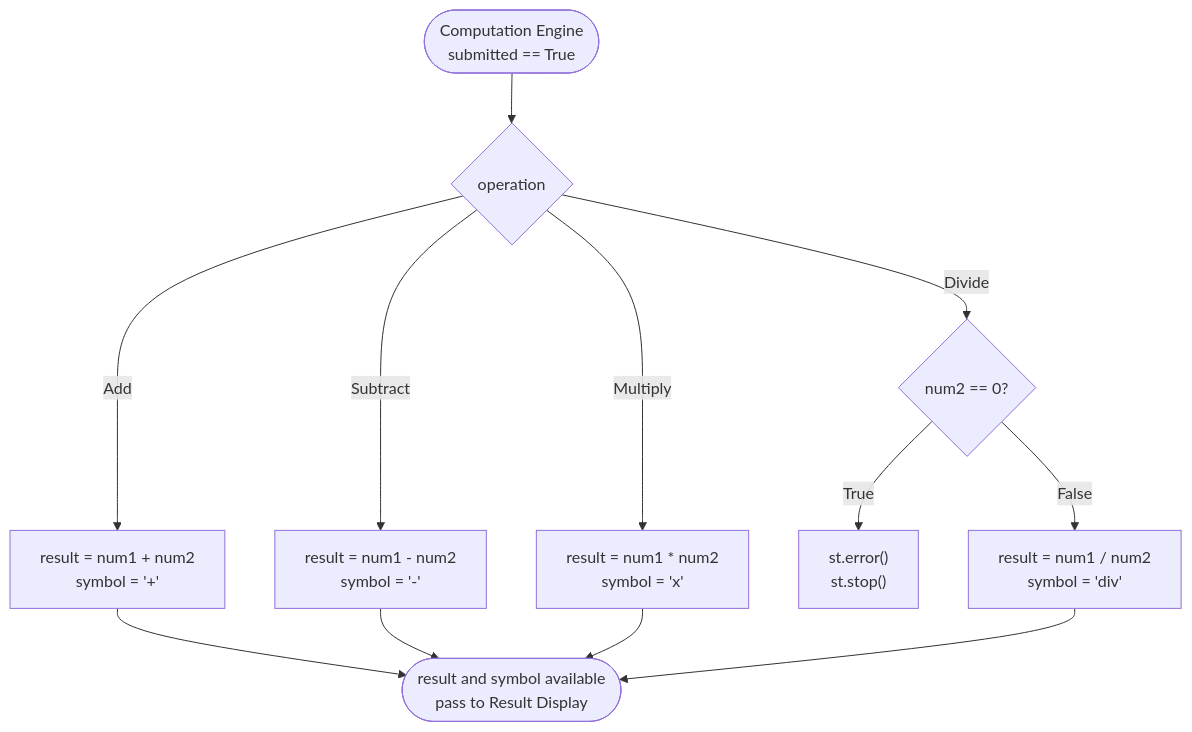
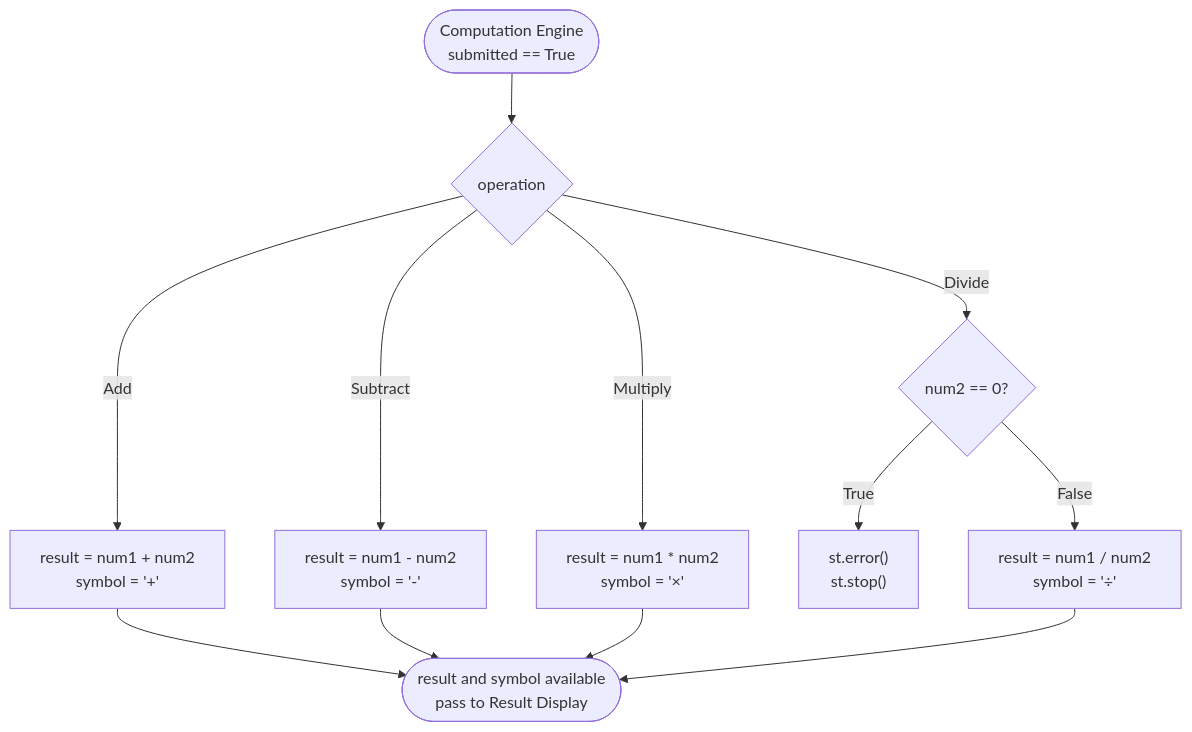
The sixth of 17 diagrams in docs/arc42/arc42-architecture.md (xinni-cap/github-copilot-test), drawn with Mermaid before and after one commit. The commit also changed 1 other file, not shown here.

Commit message:
Fix review comments: correct symbols and work log accuracy

````diff
--- a/docs/arc42/arc42-architecture.md
+++ b/docs/arc42/arc42-architecture.md
@@ -275,17 +275,17 @@
 ```mermaid
 flowchart TD
     Start(["Computation Engine\nsubmitted == True"]) --> OpCheck{"operation"}
 
     OpCheck -->|"Add"| AddOp["result = num1 + num2\nsymbol = '+'"]
     OpCheck -->|"Subtract"| SubOp["result = num1 - num2\nsymbol = '-'"]
-    OpCheck -->|"Multiply"| MulOp["result = num1 * num2\nsymbol = 'x'"]
+    OpCheck -->|"Multiply"| MulOp["result = num1 * num2\nsymbol = '×'"]
     OpCheck -->|"Divide"| DivGuard{"num2 == 0?"}
 
     DivGuard -->|"True"| ErrDisplay["st.error()\nst.stop()"]
-    DivGuard -->|"False"| DivOp["result = num1 / num2\nsymbol = 'div'"]
+    DivGuard -->|"False"| DivOp["result = num1 / num2\nsymbol = '÷'"]
 
     AddOp --> Result(["result and symbol available\npass to Result Display"])
     SubOp --> Result
     MulOp --> Result
     DivOp --> Result
 ```
````
